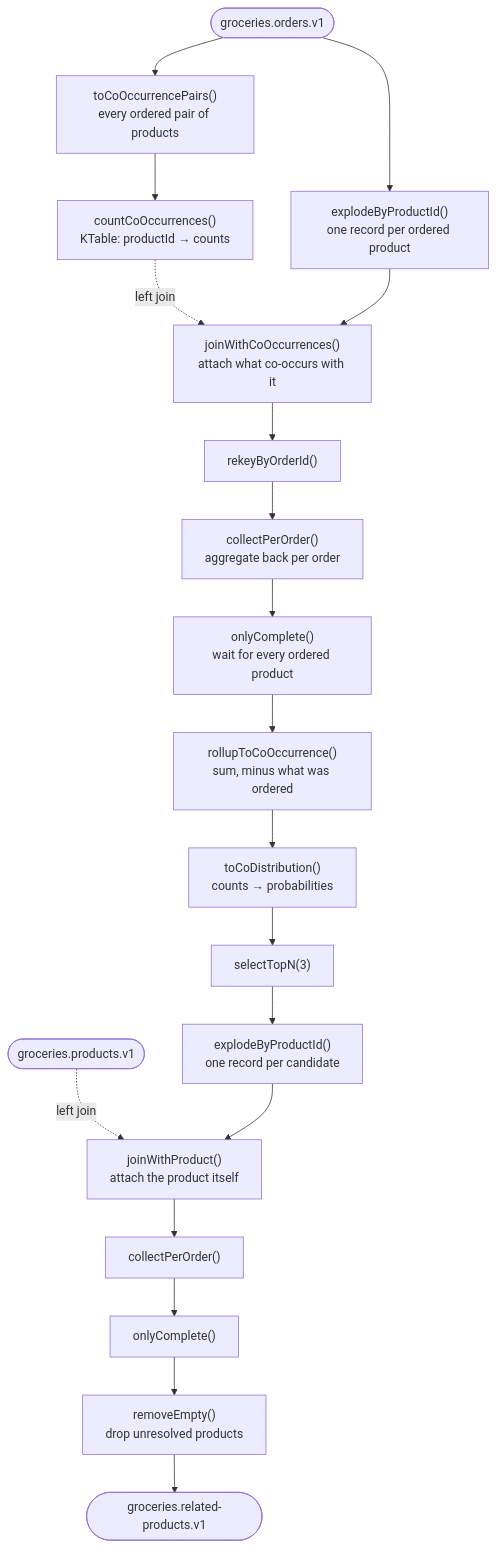
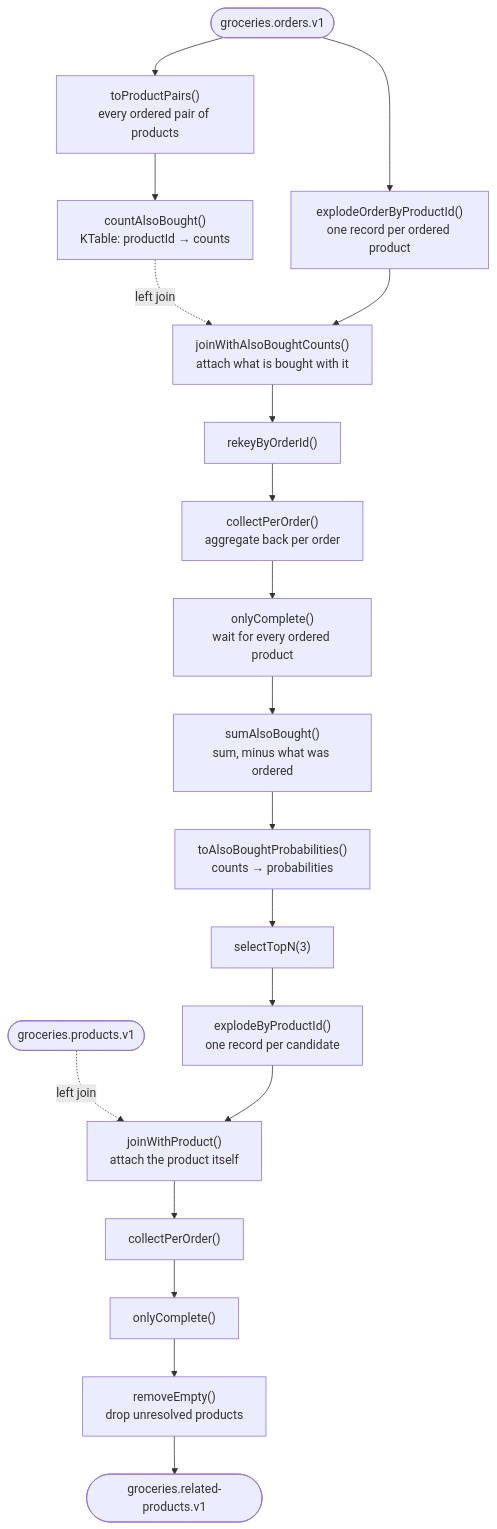
One commit to marcgoosen/groceries-monorepo changed the diagram in README.md. Above: the diagram before and after it, drawn with Mermaid. The commit also changed other lines of this file and 41 other files, not shown here.

````diff
--- a/README.md
+++ b/README.md
@@ -21,23 +21,23 @@
 ```mermaid
 flowchart TD
-    ORDERS([groceries.orders.v1]) --> PAIRS["toCoOccurrencePairs()<br/>every ordered pair of products"]
-    PAIRS --> COUNT["countCoOccurrences()<br/>KTable: productId → counts"]
+    ORDERS([groceries.orders.v1]) --> PAIRS["toProductPairs()<br/>every ordered pair of products"]
+    PAIRS --> COUNT["countAlsoBought()<br/>KTable: productId → counts"]
 
-    ORDERS --> EXPLODE["explodeByProductId()<br/>one record per ordered product"]
+    ORDERS --> EXPLODE["explodeOrderByProductId()<br/>one record per ordered product"]
     COUNT -.->|left join| JOIN
-    EXPLODE --> JOIN["joinWithCoOccurrences()<br/>attach what co-occurs with it"]
+    EXPLODE --> JOIN["joinWithAlsoBoughtCounts()<br/>attach what is bought with it"]
     JOIN --> REKEY["rekeyByOrderId()"]
     REKEY --> COLLECT["collectPerOrder()<br/>aggregate back per order"]
     COLLECT --> COMPLETE["onlyComplete()<br/>wait for every ordered product"]
-    COMPLETE --> ROLLUP["rollupToCoOccurrence()<br/>sum, minus what was ordered"]
-    ROLLUP --> DIST["toCoDistribution()<br/>counts → probabilities"]
-    DIST --> TOPN["selectTopN(3)"]
+    COMPLETE --> SUM["sumAlsoBought()<br/>sum, minus what was ordered"]
+    SUM --> PROBS["toAlsoBoughtProbabilities()<br/>counts → probabilities"]
+    PROBS --> TOPN["selectTopN(3)"]
     TOPN --> EXPLODE2["explodeByProductId()<br/>one record per candidate"]
 
     PRODUCTS([groceries.products.v1]) -.->|left join| JOIN2
     EXPLODE2 --> JOIN2["joinWithProduct()<br/>attach the product itself"]
     JOIN2 --> COLLECT2["collectPerOrder()"]
     COLLECT2 --> COMPLETE2["onlyComplete()"]
     COMPLETE2 --> CLEAN["removeEmpty()<br/>drop unresolved products"]
     CLEAN --> OUT([groceries.related-products.v1])
 ```
````
